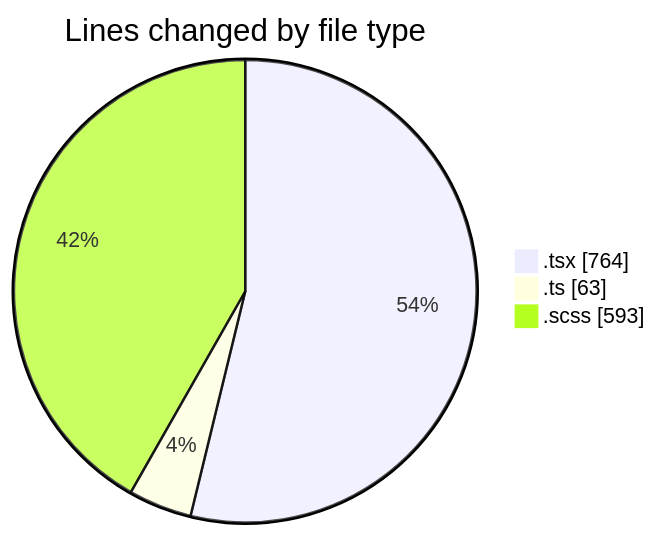
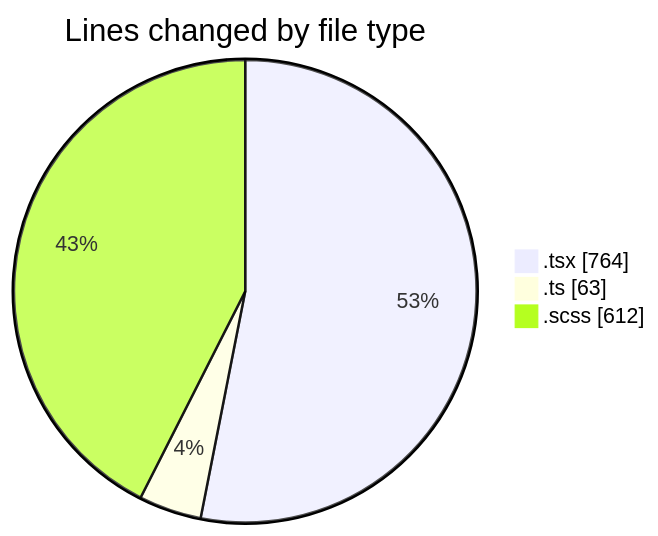
The first of 2 diagrams in 2025-04-02/cda/README.md (momahboobian/code-tracking), drawn with Mermaid before and after one commit. The commit also changed other lines of this file and 1 other file, not shown here.

````diff
--- a/2025-04-02/cda/README.md
+++ b/2025-04-02/cda/README.md
@@ -26,7 +26,7 @@
 ```mermaid
 pie showData
 title Lines changed by file type
 ".tsx" : 764
 ".ts" : 63
-".scss" : 593
+".scss" : 612
 ```
````
